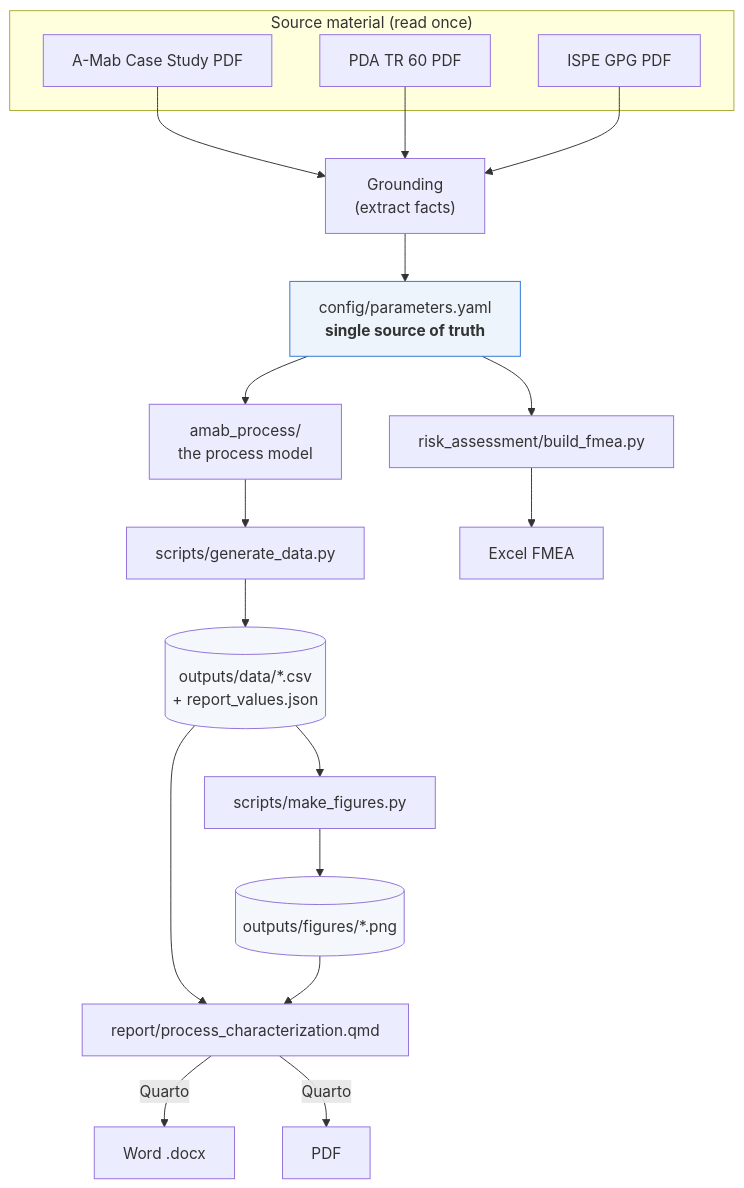
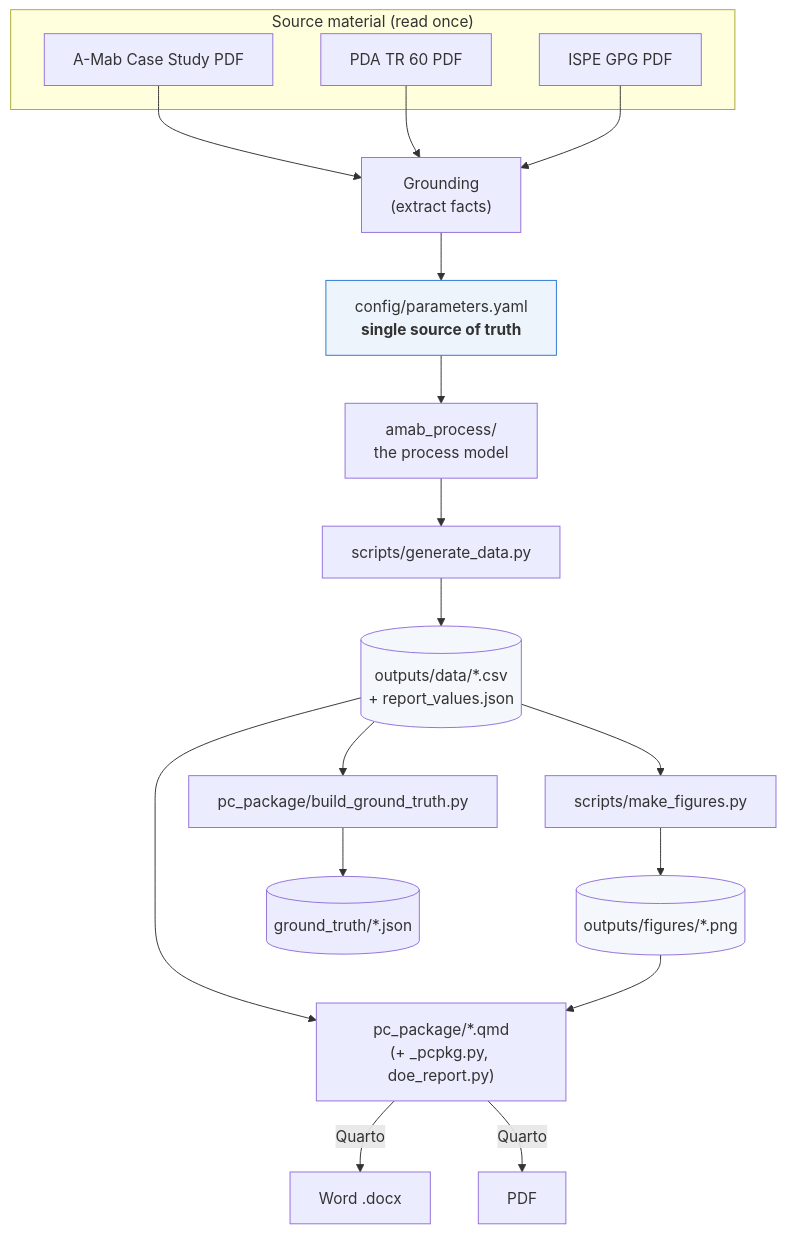
Before and after one commit to MoritzImendoerffer/synthetic_data: the first of 12 diagrams in docs/WORKFLOW.md, drawn with Mermaid. The commit also changed other lines of this file and 4 other files, not shown here.

````diff
--- a/docs/WORKFLOW.md
+++ b/docs/WORKFLOW.md
@@ -52,29 +61,28 @@
 ```mermaid
 flowchart TD
     subgraph SRC["Source material (read once)"]
       P1["A-Mab Case Study PDF"]
       P2["PDA TR 60 PDF"]
       P3["ISPE GPG PDF"]
     end
     P1 & P2 & P3 --> G["Grounding<br/>(extract facts)"]
     G --> CFG["config/parameters.yaml<br/><b>single source of truth</b>"]
 
     CFG --> MODEL["amab_process/<br/>the process model"]
     MODEL --> GEN["scripts/generate_data.py"]
     GEN --> DATA[("outputs/data/*.csv<br/>+ report_values.json")]
 
     DATA --> FIGS["scripts/make_figures.py"]
     FIGS --> PNG[("outputs/figures/*.png")]
 
-    DATA --> QMD["report/process_characterization.qmd"]
+    DATA --> QMD["pc_package/*.qmd<br/>(+ _pcpkg.py, doe_report.py)"]
     PNG --> QMD
     QMD -->|Quarto| DOCX["Word .docx"]
     QMD -->|Quarto| PDF["PDF"]
-
-    CFG --> FMEA["risk_assessment/build_fmea.py"]
-    FMEA --> XLSX["Excel FMEA"]
+    DATA --> GT["pc_package/build_ground_truth.py"]
+    GT --> JSON[("ground_truth/*.json")]
 
     style CFG fill:#eef4fb,stroke:#2a78d6
     style DATA fill:#f4f7fb
     style PNG fill:#f4f7fb
 ```
````
